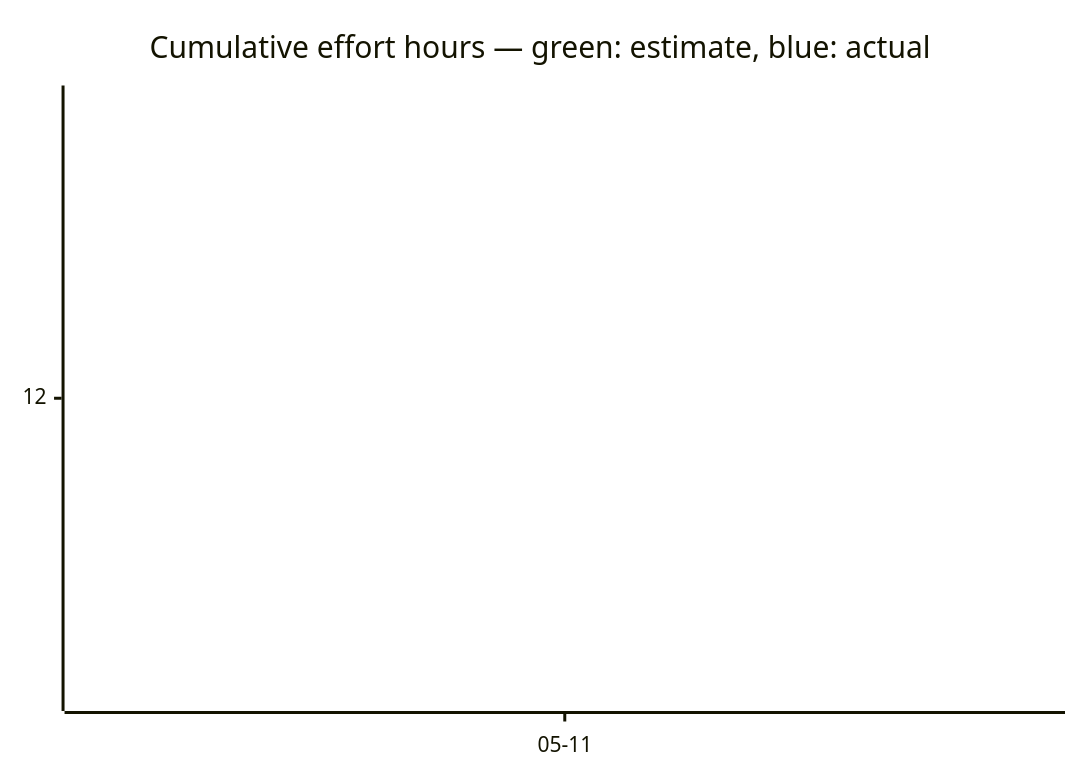
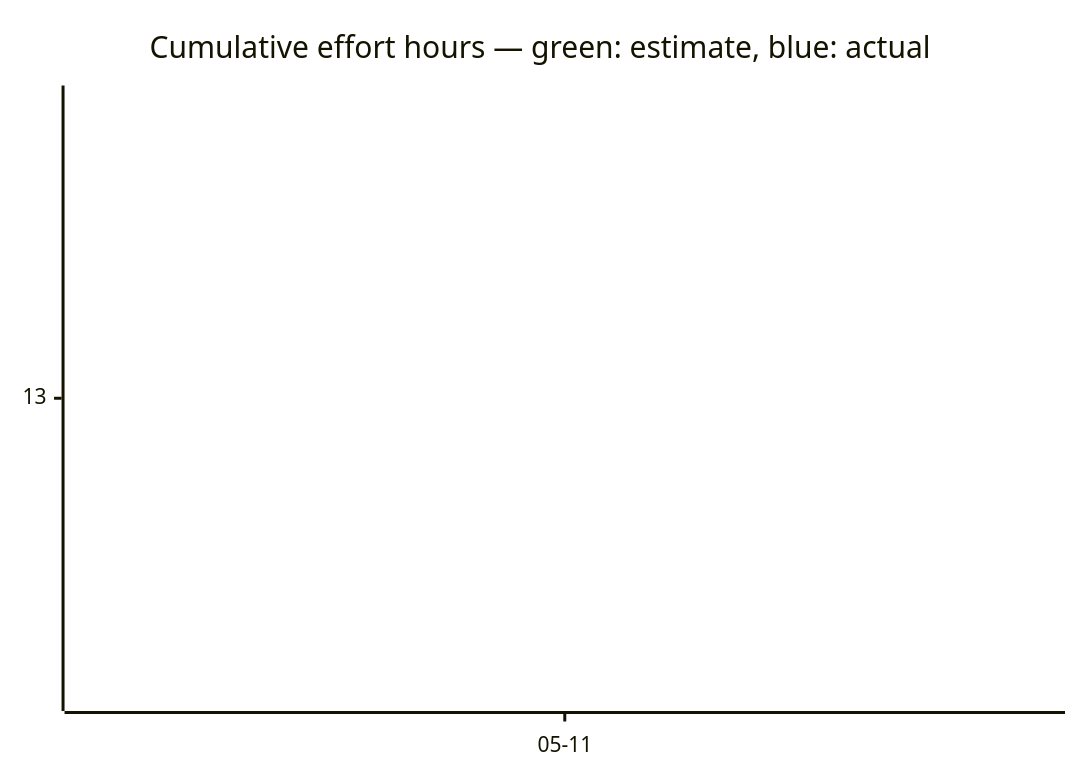
One commit to tgd1975/AwesomeGuitarPedal changed the third of 3 diagrams in docs/developers/tasks/OVERVIEW.md. Above: the diagram before and after it, drawn with Mermaid. The commit also changed other lines of this file and 3 other files, not shown here.

````diff
--- a/docs/developers/tasks/OVERVIEW.md
+++ b/docs/developers/tasks/OVERVIEW.md
@@ -40,7 +40,7 @@
 ```mermaid
 xychart-beta
     title "Cumulative effort hours — green: estimate, blue: actual"
     x-axis ["05-11"]
-    line [12]
-    line [12]
+    line [13]
+    line [13]
 ```
````
